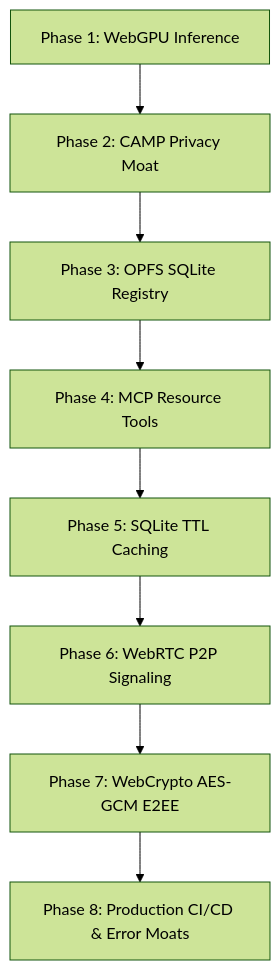
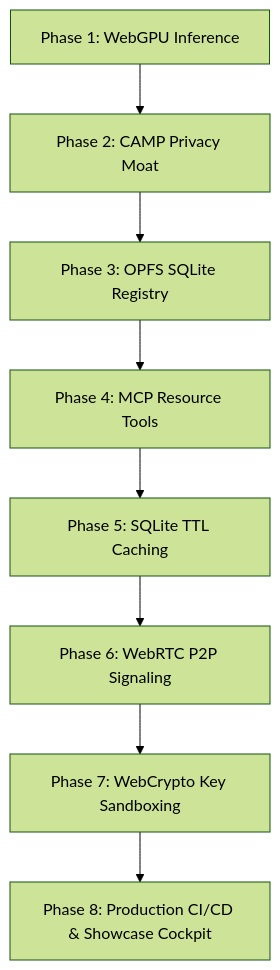
The diagram in README.md (PranavSinghRawat/Sovereign-Intelligence), drawn with Mermaid (forest theme) before and after one commit. The commit also changed other lines of this file, not shown here.

````diff
--- a/README.md
+++ b/README.md
@@ -49,10 +52,10 @@
 ```mermaid
 graph TD
   P1[Phase 1: WebGPU Inference] --> P2[Phase 2: CAMP Privacy Moat]
   P2 --> P3[Phase 3: OPFS SQLite Registry]
   P3 --> P4[Phase 4: MCP Resource Tools]
   P4 --> P5[Phase 5: SQLite TTL Caching]
   P5 --> P6[Phase 6: WebRTC P2P Signaling]
-  P6 --> P7[Phase 7: WebCrypto AES-GCM E2EE]
-  P7 --> P8[Phase 8: Production CI/CD & Error Moats]
+  P6 --> P7[Phase 7: WebCrypto Key Sandboxing]
+  P7 --> P8[Phase 8: Production CI/CD & Showcase Cockpit]
 ```
````
